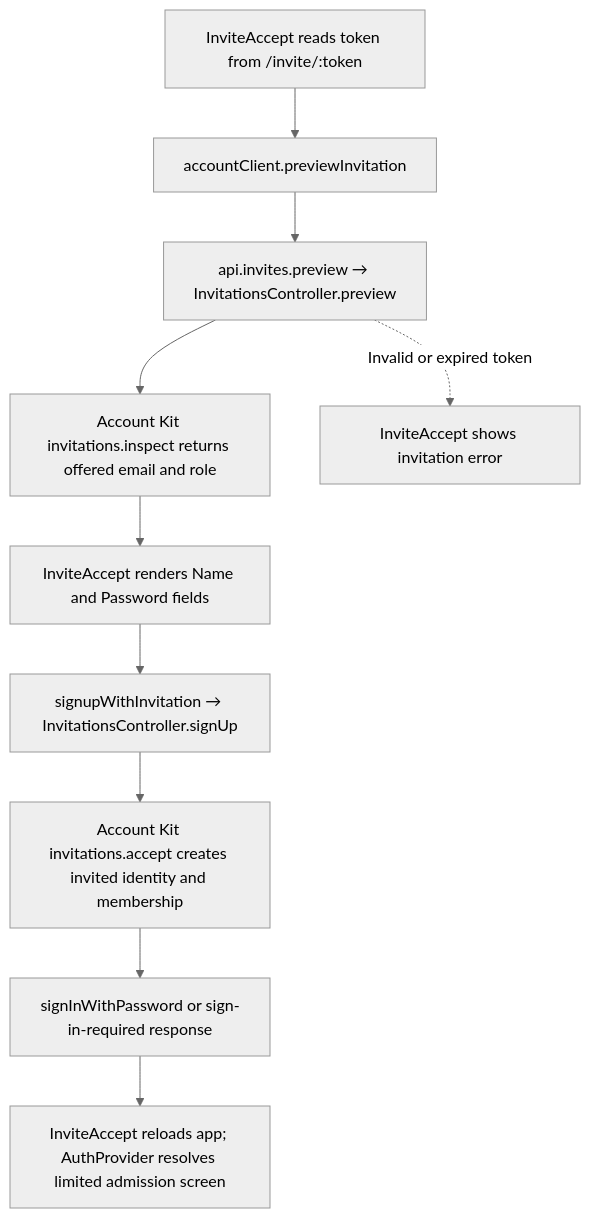
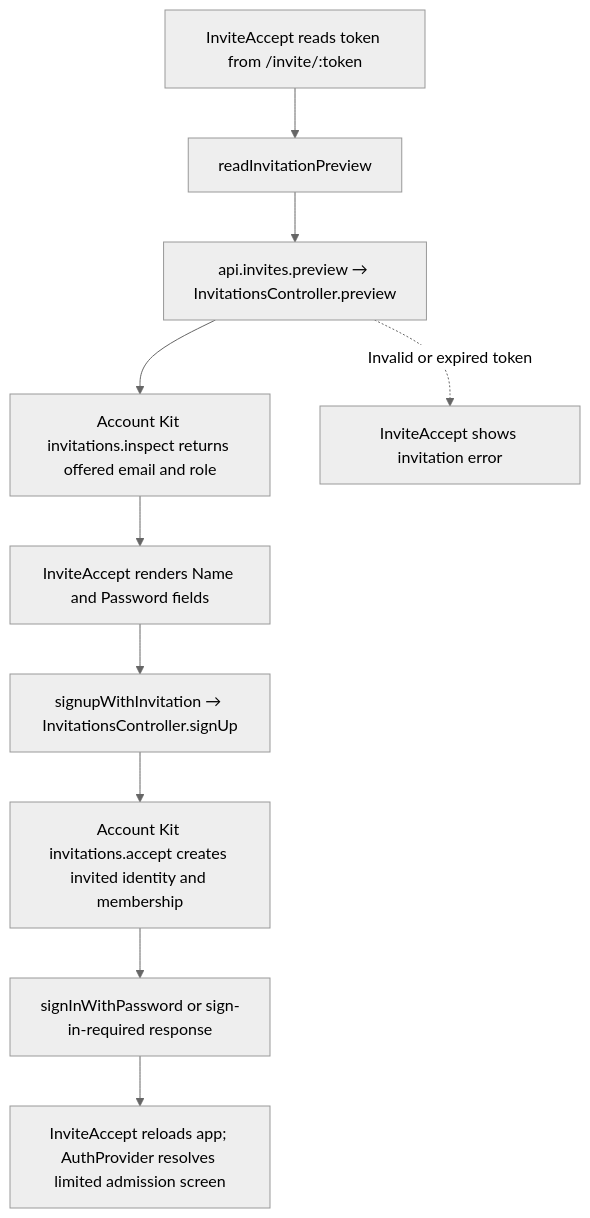
One commit to Kevinjohn/capacitylens changed the second of 2 diagrams in user-stories/team/US-TEAM-04-accept-invitation.md. Above: the diagram before and after it, drawn with Mermaid (neutral theme). The commit also changed other lines of this file and 10 other files, not shown here.

````diff
--- a/user-stories/team/US-TEAM-04-accept-invitation.md
+++ b/user-stories/team/US-TEAM-04-accept-invitation.md
@@ -32,12 +32,12 @@
 ```mermaid
 flowchart TD
-    Invite["InviteAccept reads token from /invite/:token"] --> Preview["accountClient.previewInvitation"]
+    Invite["InviteAccept reads token from /invite/:token"] --> Preview["readInvitationPreview"]
     Preview --> PreviewRoute["api.invites.preview → InvitationsController.preview"]
     PreviewRoute --> KitInspect["Account Kit invitations.inspect returns offered email and role"]
     KitInspect --> Form["InviteAccept renders Name and Password fields"]
     Form --> Submit["signupWithInvitation → InvitationsController.signUp"]
     Submit --> Accept["Account Kit invitations.accept creates invited identity and membership"]
     Accept --> SignIn["signInWithPassword or sign-in-required response"]
     SignIn --> Reload["InviteAccept reloads app; AuthProvider resolves limited admission screen"]
     PreviewRoute -. "Invalid or expired token" .-> Error["InviteAccept shows invitation error"]
 ```
````
